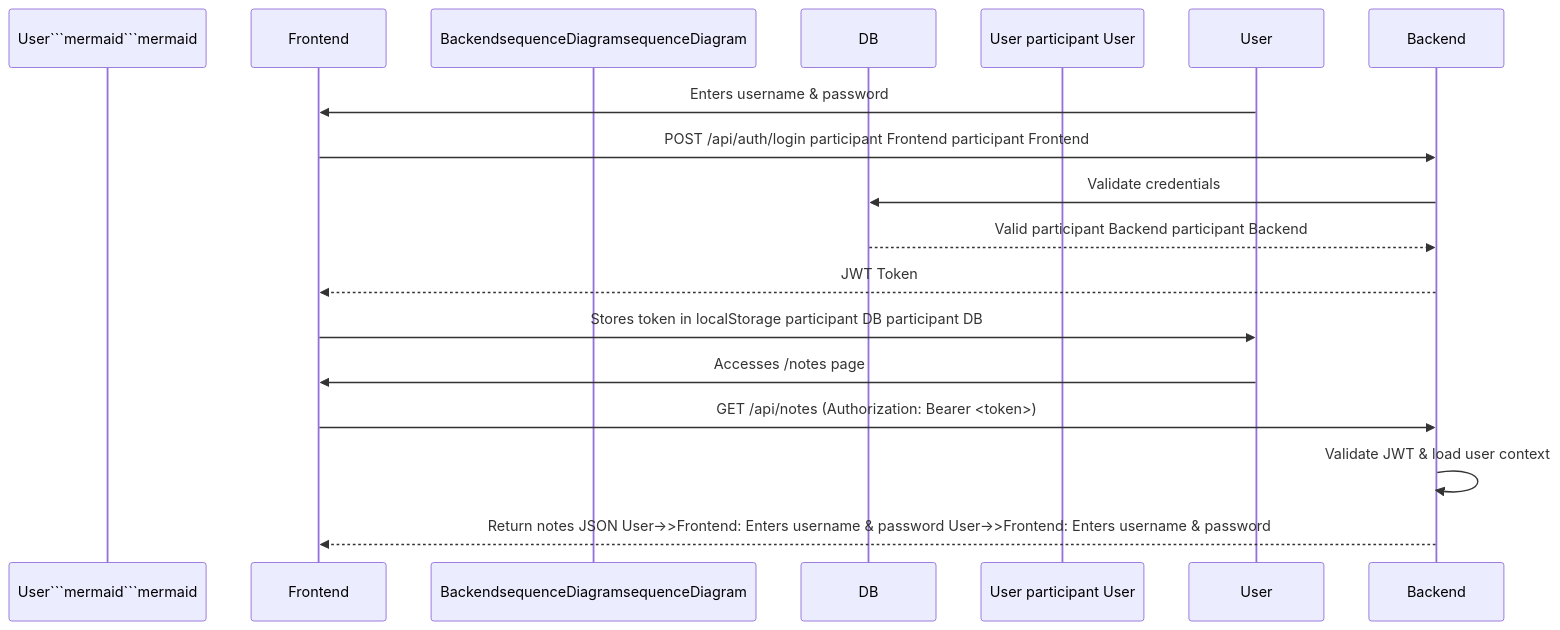
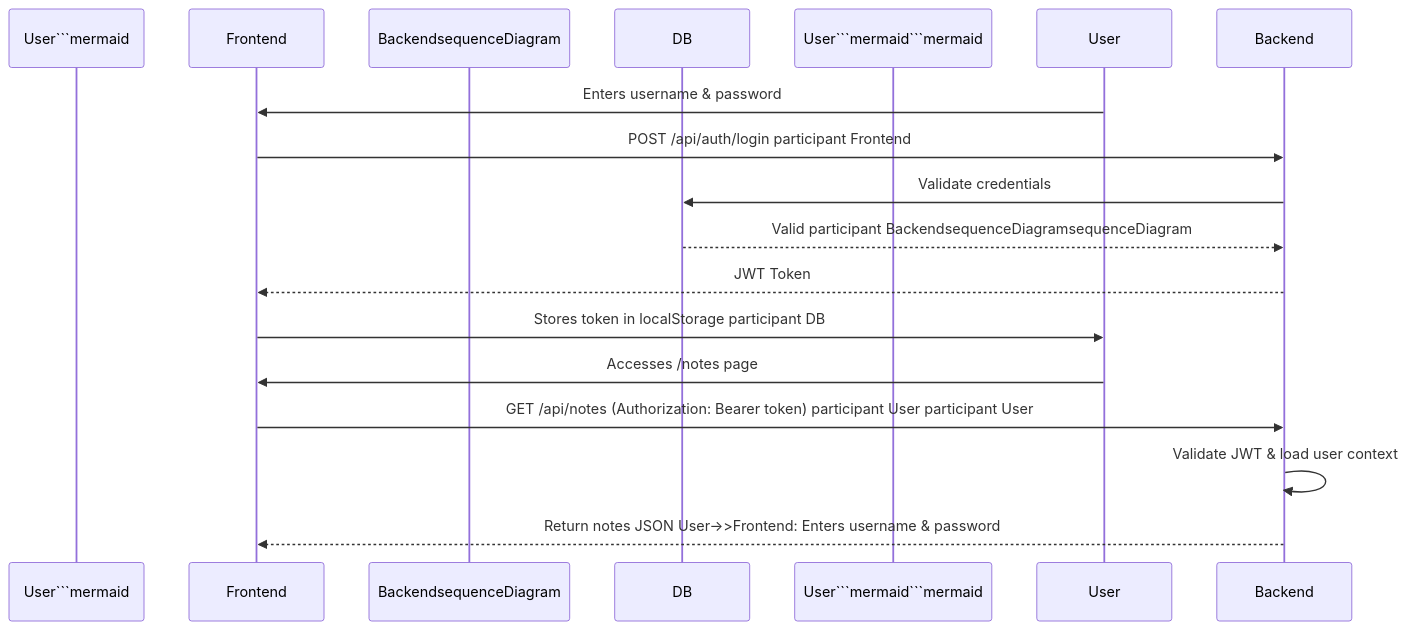
The diagram in docs/auth-flow.md (MartinCarrizo09/notes-app), drawn with Mermaid before and after one commit. The commit also changed other lines of this file and 4 other files, not shown here.

````diff
--- a/docs/auth-flow.md
+++ b/docs/auth-flow.md
@@ -5,35 +5,35 @@
 ```mermaid
 
 sequenceDiagram
 
-  participant User```mermaid```mermaid
+  participant User```mermaid
 
   participant Frontend
 
-  participant BackendsequenceDiagramsequenceDiagram
+  participant BackendsequenceDiagram
 
   participant DB
 
-  participant User  participant User
+  participant User```mermaid```mermaid
 
   User->>Frontend: Enters username & password
 
-  Frontend->>Backend: POST /api/auth/login  participant Frontend  participant Frontend
+  Frontend->>Backend: POST /api/auth/login  participant Frontend
 
   Backend->>DB: Validate credentials
 
-  DB-->>Backend: Valid  participant Backend  participant Backend
+  DB-->>Backend: Valid  participant BackendsequenceDiagramsequenceDiagram
 
   Backend-->>Frontend: JWT Token
 
-  Frontend->>User: Stores token in localStorage  participant DB  participant DB
+  Frontend->>User: Stores token in localStorage  participant DB
 
   User->>Frontend: Accesses /notes page
 
-  Frontend->>Backend: GET /api/notes (Authorization: Bearer <token>)
+  Frontend->>Backend: GET /api/notes (Authorization: Bearer token)  participant User  participant User
 
   Backend->>Backend: Validate JWT & load user context
 
-  Backend-->>Frontend: Return notes JSON  User->>Frontend: Enters username & password  User->>Frontend: Enters username & password
+  Backend-->>Frontend: Return notes JSON  User->>Frontend: Enters username & password
 
 ```
````
